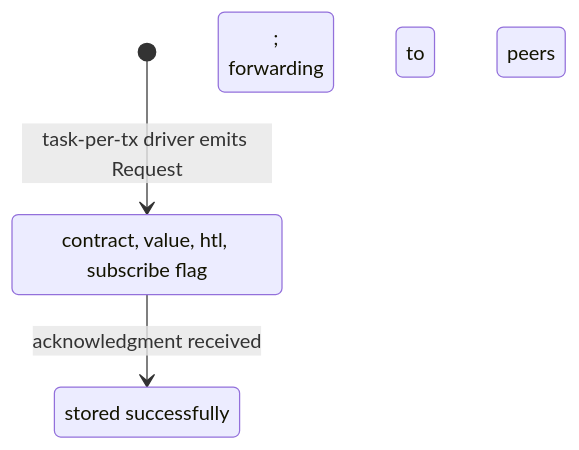
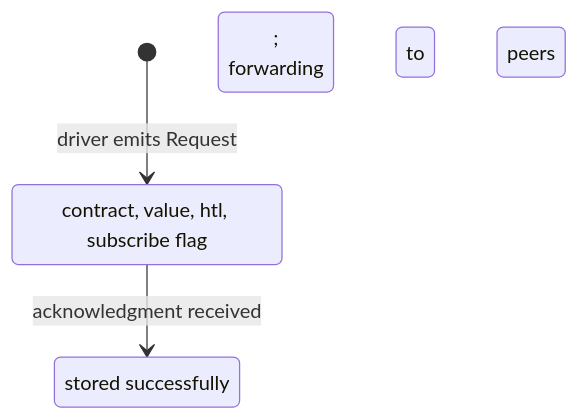
Before and after one commit to freenet/freenet-core: the third of 10 diagrams in docs/architecture/operations/README.md, drawn with Mermaid. The commit also changed other lines of this file and 24 other files, not shown here.

````diff
--- a/docs/architecture/operations/README.md
+++ b/docs/architecture/operations/README.md
@@ -111,8 +111,8 @@
 ```mermaid
 stateDiagram-v2
-    [*] --> AwaitingResponse : task-per-tx driver emits Request
+    [*] --> AwaitingResponse : driver emits Request
     AwaitingResponse --> Finished : acknowledgment received
 
     AwaitingResponse : contract, value, htl, subscribe flag;<br/>forwarding to peers
     Finished : stored successfully
 ```
````
